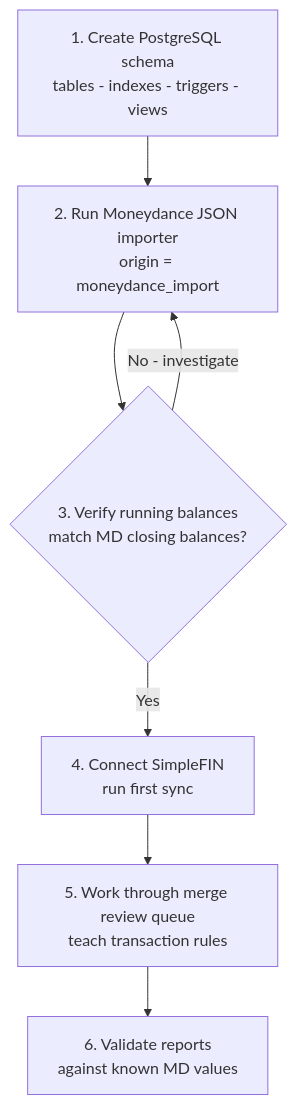
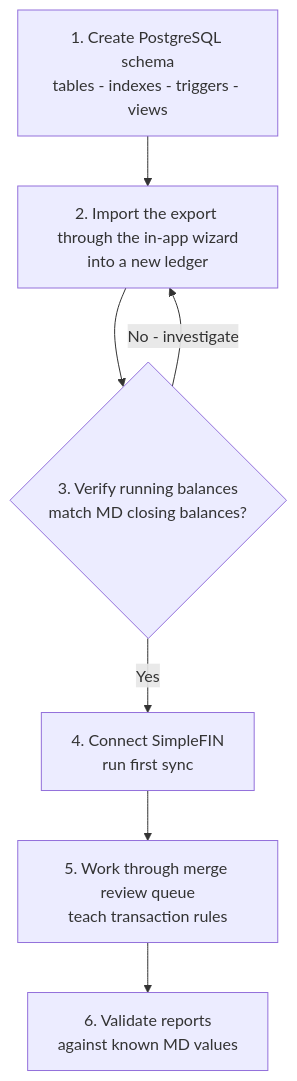
Before and after one commit to strongboxlabs/coffer: the seventh of 8 diagrams in docs/architecture.md, drawn with Mermaid. The commit also changed other lines of this file and 2078 other files, not shown here.

````diff
--- a/docs/architecture.md
+++ b/docs/architecture.md
@@ -688,14 +743,14 @@
 ```mermaid
 flowchart TD
     A[1. Create PostgreSQL schema\ntables - indexes - triggers - views]
-    B[2. Run Moneydance JSON importer\norigin = moneydance_import]
+    B[2. Import the export through the in-app wizard\ninto a new ledger]
     C{3. Verify running balances\nmatch MD closing balances?}
     D[4. Connect SimpleFIN\nrun first sync]
     E[5. Work through merge review queue\nteach transaction rules]
     F[6. Validate reports\nagainst known MD values]
 
     A --> B --> C
     C -->|Yes| D
     C -->|No - investigate| B
     D --> E --> F
 ```
````
